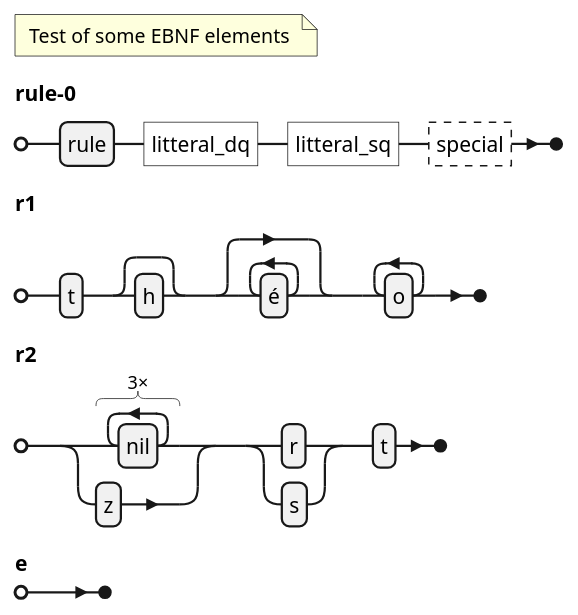
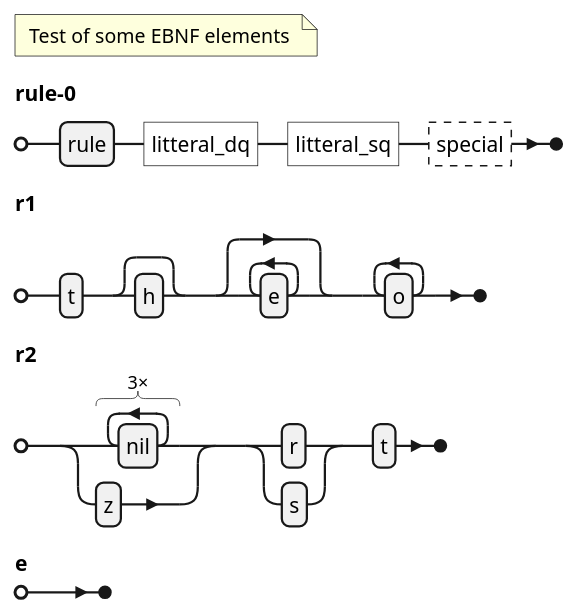
One commit to The-Lum/puml-themes-gallery changed the diagram in input/EBNF.puml. Above: the diagram before and after it, drawn with PlantUML.

Commit message:
Update EBNF.puml
Change `é` on `e`.
_[Unicode issue]_

```diff
--- a/input/EBNF.puml
+++ b/input/EBNF.puml
@@ -1,7 +1,7 @@
 @startebnf
 (* Test of some EBNF elements *)
 rule-0 = rule, "litteral_dq", 'litteral_sq', ?special?;
-r1 = t, [h], {é}, {o}-;
+r1 = t, [h], {e}, {o}-;
 r2 =(3 * nil | z), (r | s), t;
 e = ;
 @endebnf
```
